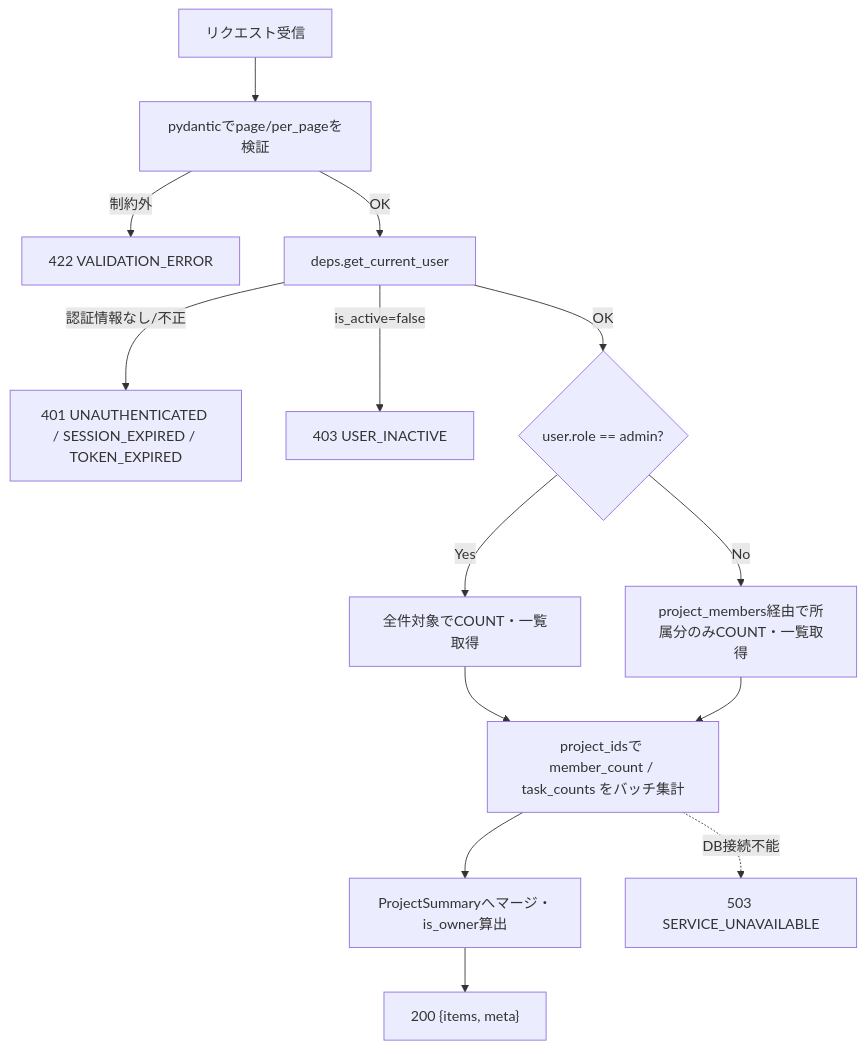
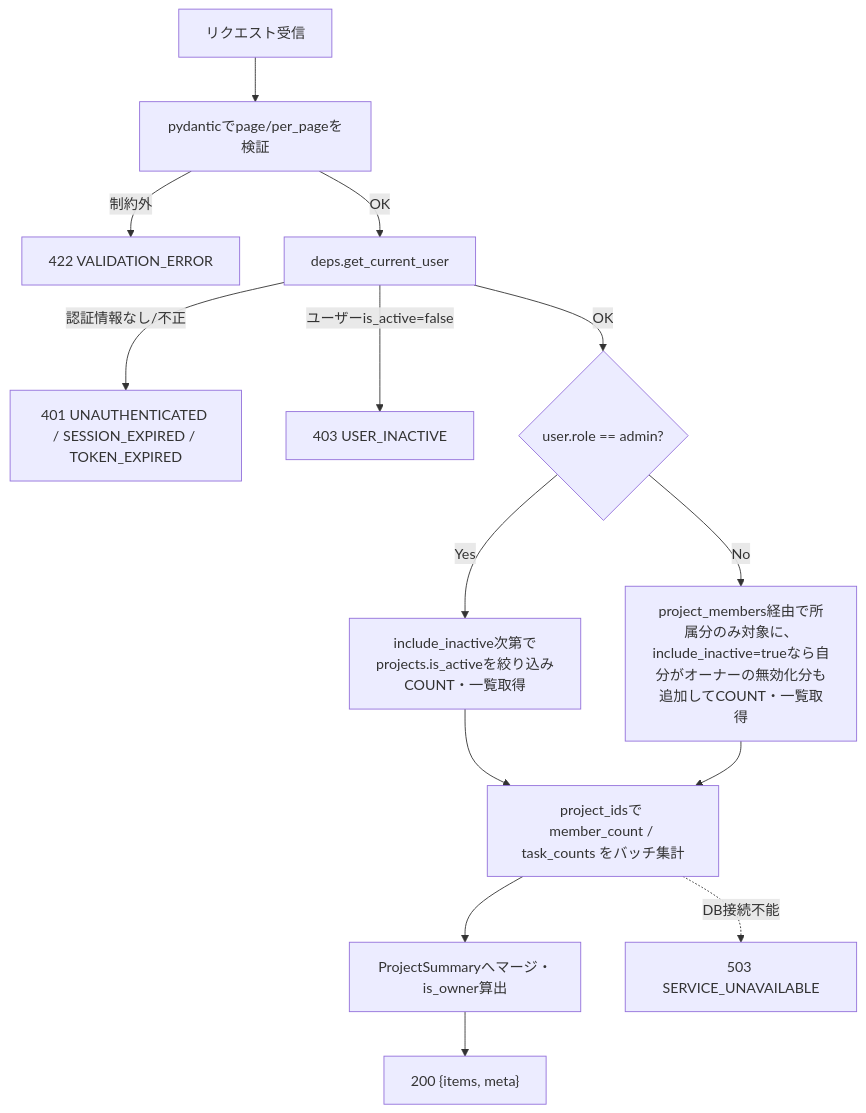
The second of 4 diagrams in detailed_design/api/projects/01_get_projects.md (oikawa-d/task_management), drawn with Mermaid before and after one commit. The commit also changed other lines of this file and 25 other files, not shown here.

````diff
--- a/detailed_design/api/projects/01_get_projects.md
+++ b/detailed_design/api/projects/01_get_projects.md
@@ -140,16 +156,16 @@
 ```mermaid
 flowchart TB
     A["リクエスト受信"] --> B["pydanticでpage/per_pageを検証"]
     B -->|"制約外"| B1["422 VALIDATION_ERROR"]
     B -->|"OK"| C["deps.get_current_user"]
     C -->|"認証情報なし/不正"| C1["401 UNAUTHENTICATED / SESSION_EXPIRED / TOKEN_EXPIRED"]
-    C -->|"is_active=false"| C2["403 USER_INACTIVE"]
+    C -->|"ユーザーis_active=false"| C2["403 USER_INACTIVE"]
     C -->|"OK"| D{"user.role == admin?"}
-    D -->|"Yes"| E["全件対象でCOUNT・一覧取得"]
-    D -->|"No"| F["project_members経由で所属分のみCOUNT・一覧取得"]
+    D -->|"Yes"| E["include_inactive次第でprojects.is_activeを絞り込みCOUNT・一覧取得"]
+    D -->|"No"| F["project_members経由で所属分のみ対象に、\ninclude_inactive=trueなら自分がオーナーの無効化分も追加してCOUNT・一覧取得"]
     E --> G["project_idsで member_count / task_counts をバッチ集計"]
     F --> G
     G --> H["ProjectSummaryへマージ・is_owner算出"]
     H --> I["200 {items, meta}"]
     G -.->|"DB接続不能"| J["503 SERVICE_UNAVAILABLE"]
 ```
````
